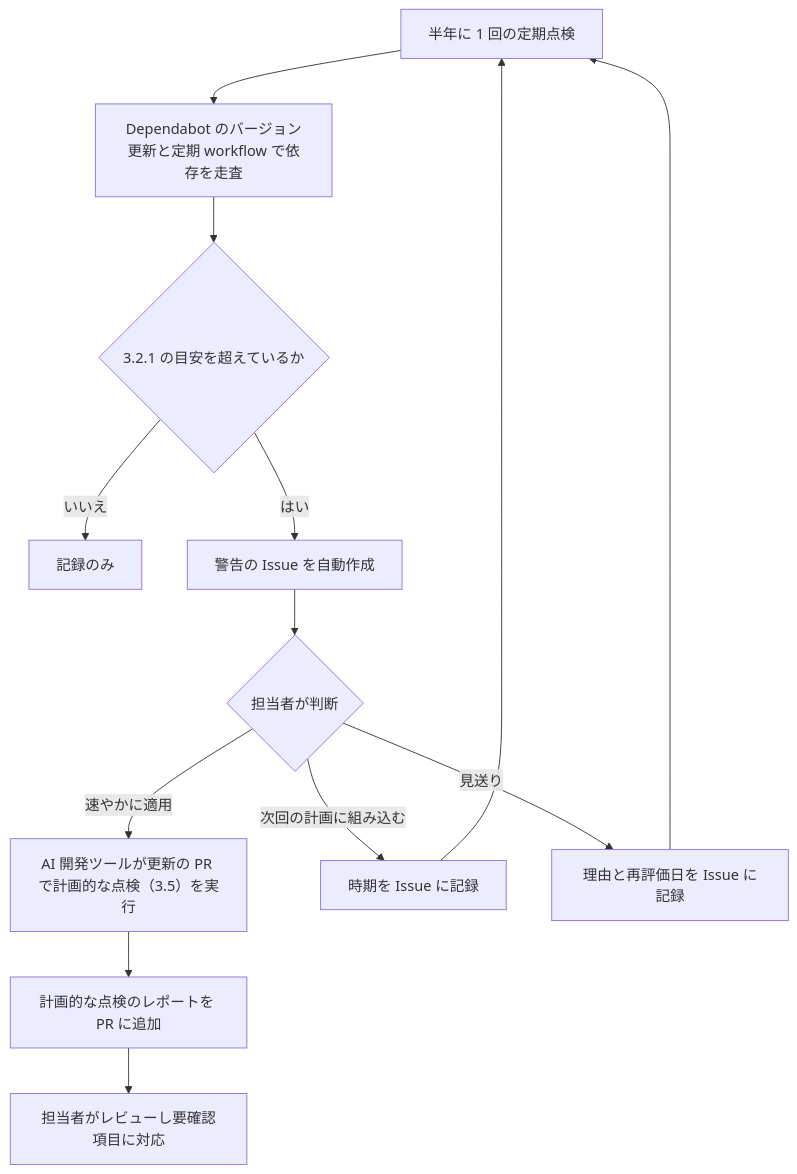
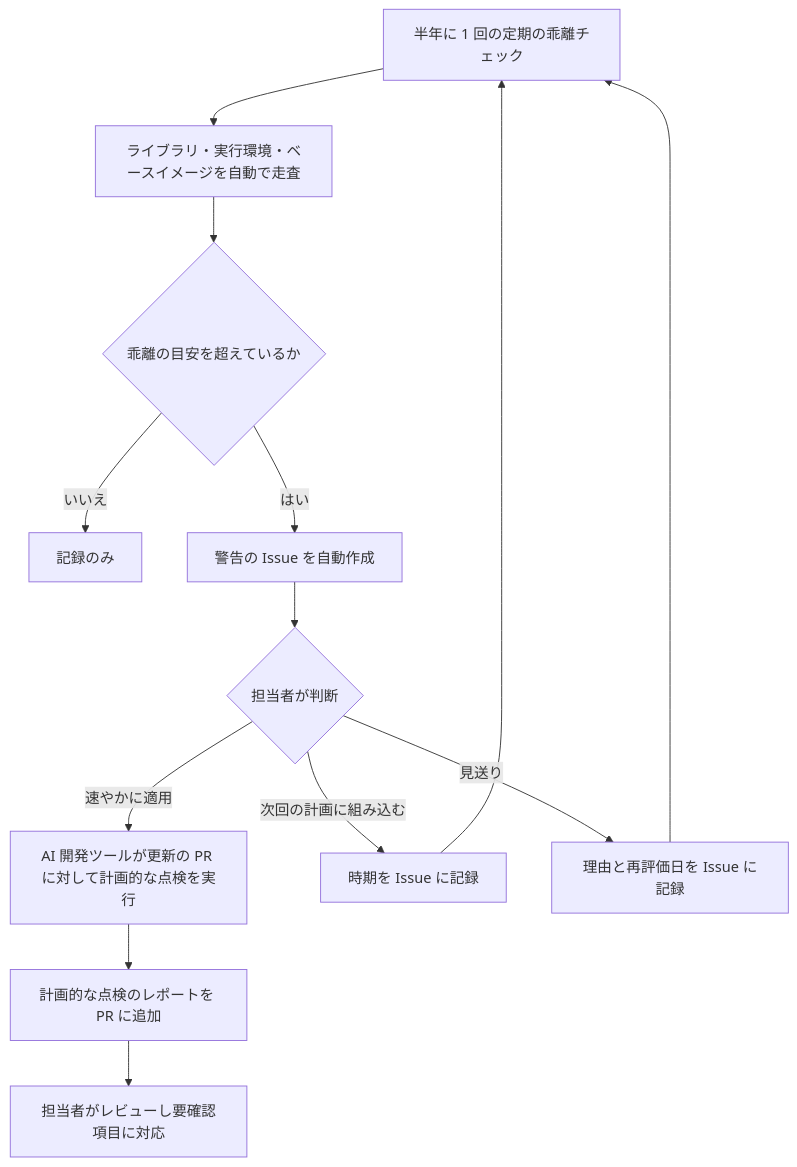
One commit to doikota/agent-skills changed the second of 2 diagrams in docs/patch-regression-test-guideline.md. Above: the diagram before and after it, drawn with Mermaid. The commit also changed other lines of this file, not shown here.

````diff
--- a/docs/patch-regression-test-guideline.md
+++ b/docs/patch-regression-test-guideline.md
@@ -181,15 +249,15 @@
 ```mermaid
 flowchart TD
-  A[半年に 1 回の定期点検] --> B[Dependabot のバージョン更新と定期 workflow で依存を走査]
-  B --> C{3.2.1 の目安を超えているか}
+  A[半年に 1 回の定期の乖離チェック] --> B[ライブラリ・実行環境・ベースイメージを自動で走査]
+  B --> C{乖離の目安を超えているか}
   C -- いいえ --> D[記録のみ]
   C -- はい --> E[警告の Issue を自動作成]
   E --> F{担当者が判断}
-  F -- 速やかに適用 --> G[AI 開発ツールが更新の PR で計画的な点検（3.5）を実行]
+  F -- 速やかに適用 --> G[AI 開発ツールが更新の PR に対して計画的な点検を実行]
   G --> P[計画的な点検のレポートを PR に追加]
   P --> V[担当者がレビューし要確認項目に対応]
   F -- 次回の計画に組み込む --> H[時期を Issue に記録]
   F -- 見送り --> I[理由と再評価日を Issue に記録]
   H --> A
   I --> A
 ```
````
